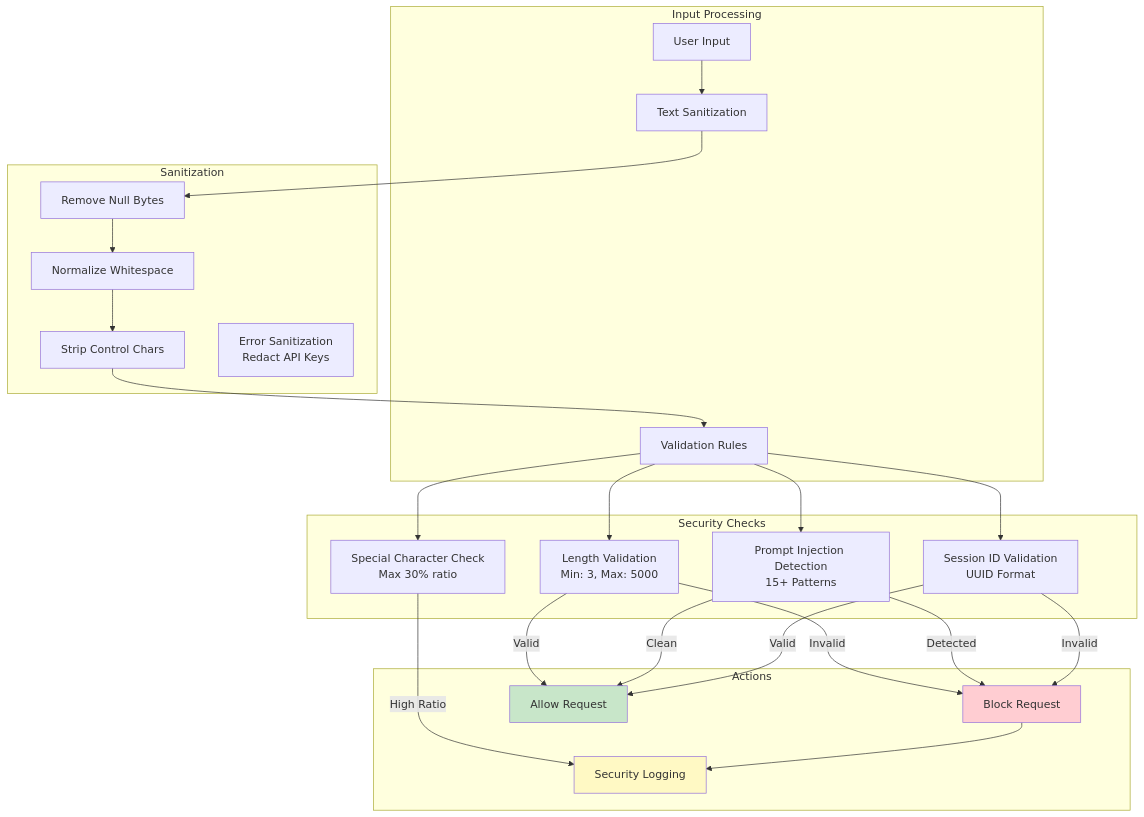
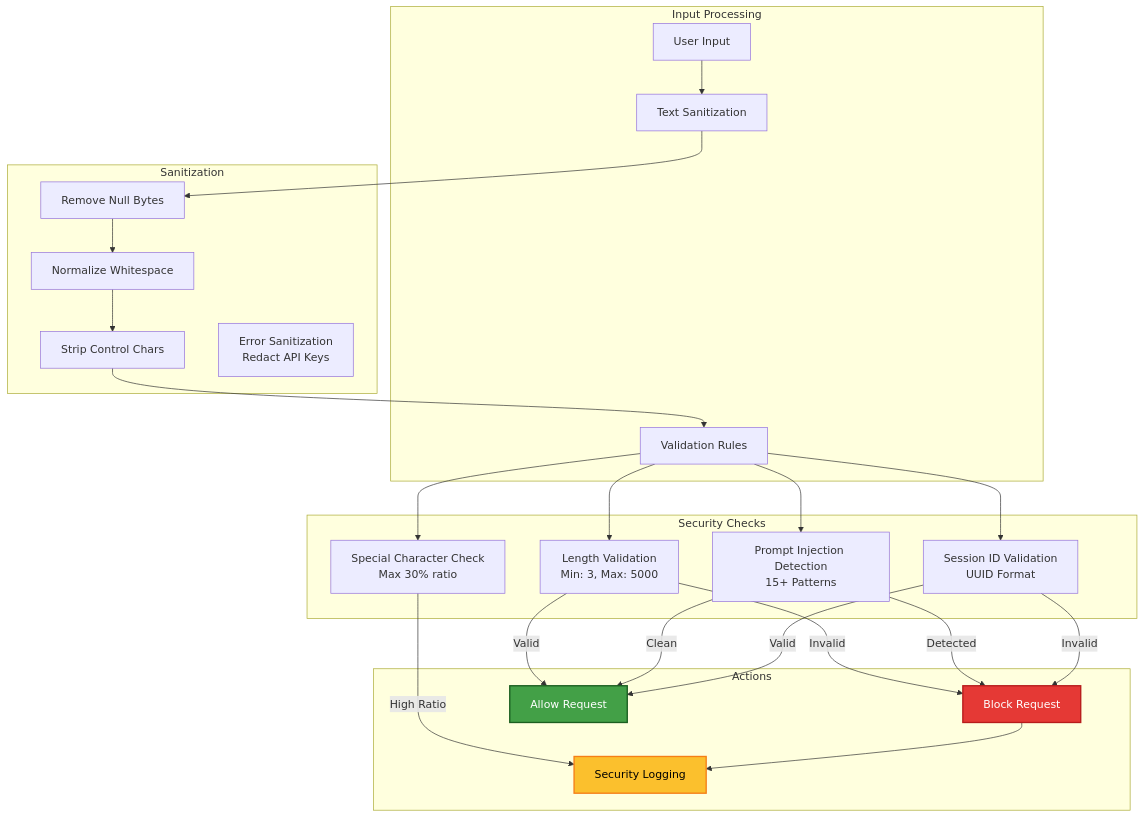
Before and after one commit to kanugurajesh/Architecture: the third of 12 diagrams in README.md, drawn with Mermaid. The commit also changed other lines of this file, not shown here.

````diff
--- a/README.md
+++ b/README.md
@@ -134,54 +134,55 @@
 ```mermaid
  graph TB
       subgraph "Input Processing"
           Input[User Input]
           Sanitize[Text Sanitization]
           Validate[Validation Rules]
       end
 
       subgraph "Security Checks"
           Length[Length Validation<br/>Min: 3, Max: 5000]
           Injection[Prompt Injection Detection<br/>15+ Patterns]
           Special[Special Character Check<br/>Max 30% ratio]
           Session[Session ID Validation<br/>UUID Format]
       end
 
       subgraph "Sanitization"
           Null[Remove Null Bytes]
           Whitespace[Normalize Whitespace]
           Control[Strip Control Chars]
           Error[Error Sanitization<br/>Redact API Keys]
       end
 
       subgraph "Actions"
           Block[Block Request]
           Allow[Allow Request]
           Log[Security Logging]
       end
 
       Input --> Sanitize
       Sanitize --> Null
       Null --> Whitespace
       Whitespace --> Control
       Control --> Validate
 
       Validate --> Length
       Validate --> Injection
       Validate --> Special
       Validate --> Session
 
       Length --> |Invalid| Block
       Injection --> |Detected| Block
       Special --> |High Ratio| Log
       Session --> |Invalid| Block
 
       Length --> |Valid| Allow
       Injection --> |Clean| Allow
       Session --> |Valid| Allow
 
       Block --> Log
 
-      style Block fill:#ffcdd2
-      style Allow fill:#c8e6c9
-      style Log fill:#fff9c4
+      %% High-contrast colors
+      style Block fill:#e53935,color:#fff,stroke:#b71c1c,stroke-width:2px
+      style Allow fill:#43a047,color:#fff,stroke:#1b5e20,stroke-width:2px
+      style Log fill:#fbc02d,color:#000,stroke:#f57f17,stroke-width:2px
 ```
````
